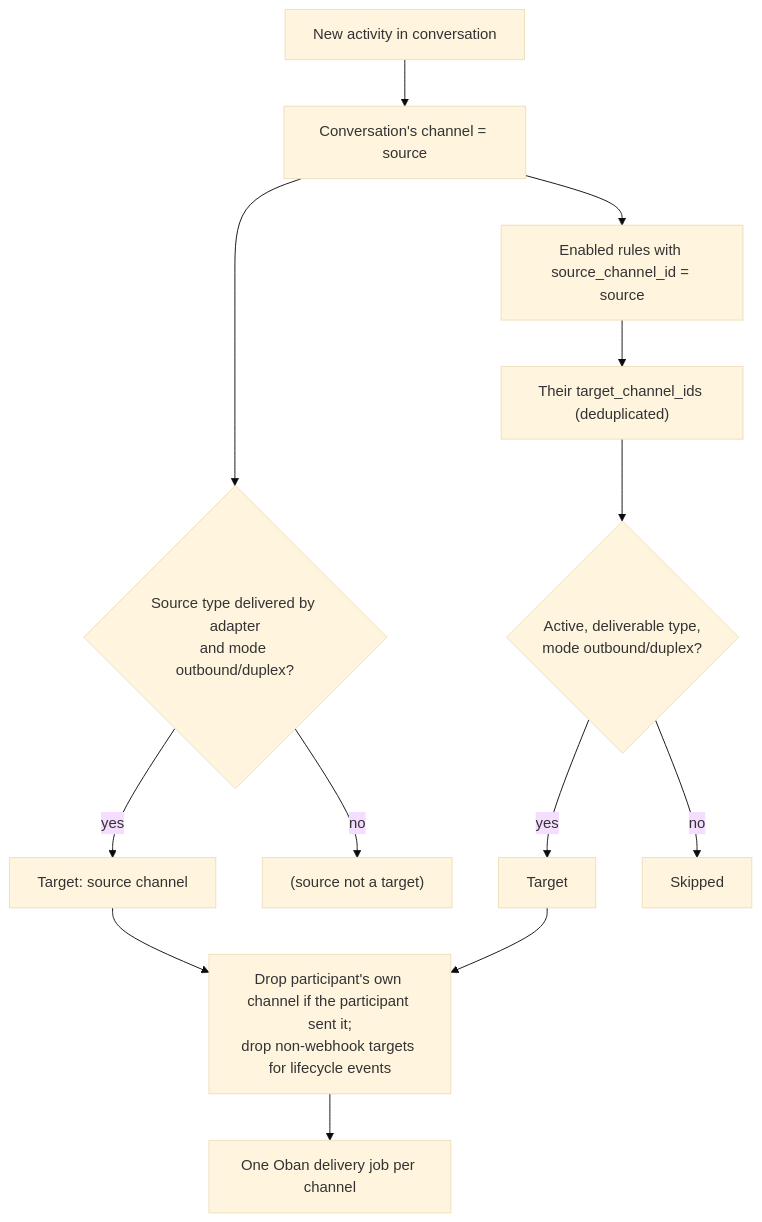
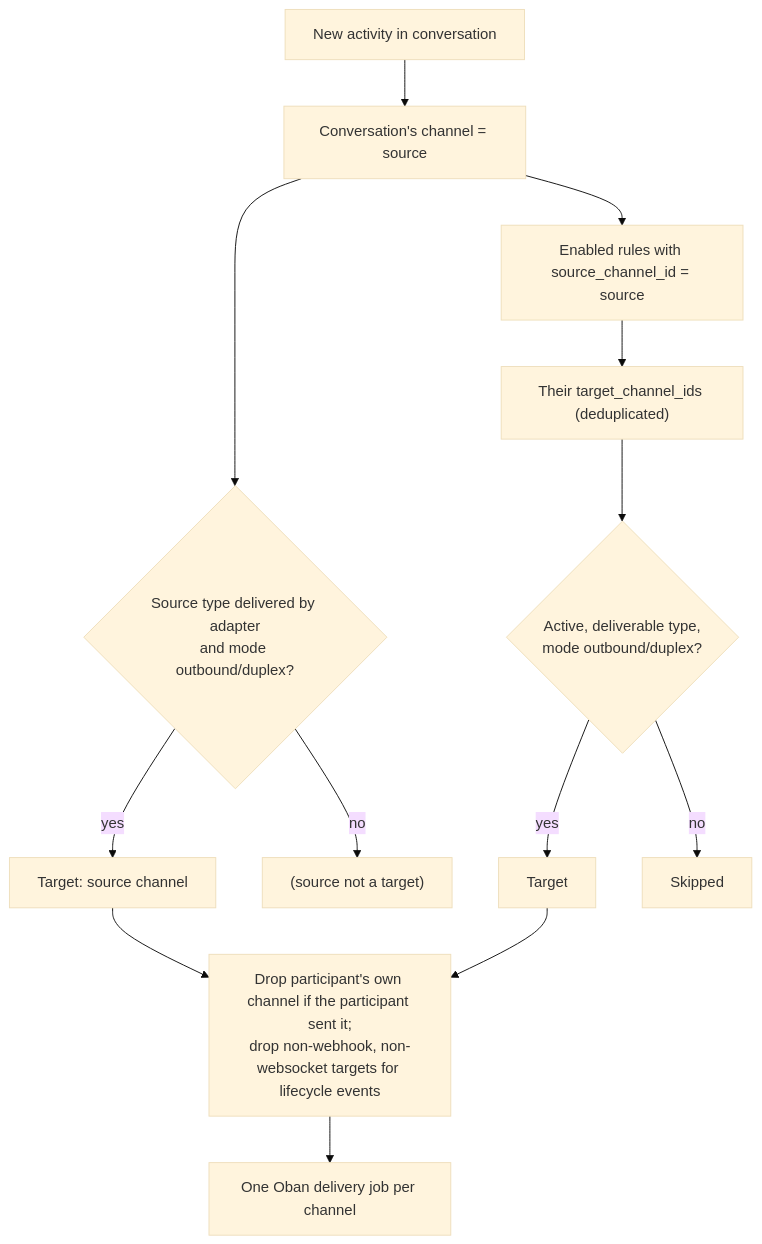
Before and after one commit to AimTune/converger: the diagram in docs/concepts/routing-rules.md, drawn with Mermaid (base theme). The commit also changed other lines of this file and 35 other files, not shown here.

First line of the commit message:
feat: make websocket a first-class duplex channel adapter

````diff
--- a/docs/concepts/routing-rules.md
+++ b/docs/concepts/routing-rules.md
@@ -45,15 +45,15 @@
 ```mermaid
 flowchart TD
   A["New activity in conversation"] --> B["Conversation's channel = source"]
   B --> P{"Source type delivered by adapter<br/>and mode outbound/duplex?"}
   P -- yes --> T1["Target: source channel"]
   P -- no --> T0["(source not a target)"]
   B --> R["Enabled rules with source_channel_id = source"]
   R --> T2["Their target_channel_ids (deduplicated)"]
   T2 --> F{"Active, deliverable type,<br/>mode outbound/duplex?"}
   F -- yes --> T3["Target"]
   F -- no --> X["Skipped"]
-  T1 --> E["Drop participant's own channel if the participant sent it;<br/>drop non-webhook targets for lifecycle events"]
+  T1 --> E["Drop participant's own channel if the participant sent it;<br/>drop non-webhook, non-websocket targets for lifecycle events"]
   T3 --> E
   E --> J["One Oban delivery job per channel"]
 ```
````
